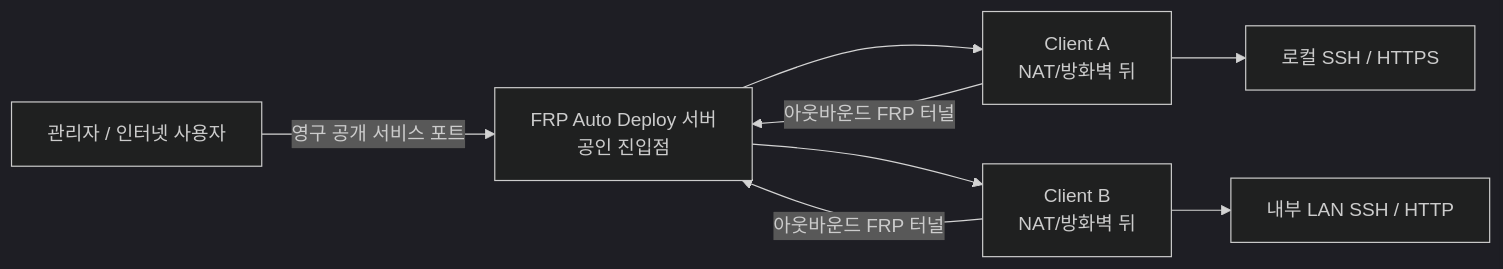
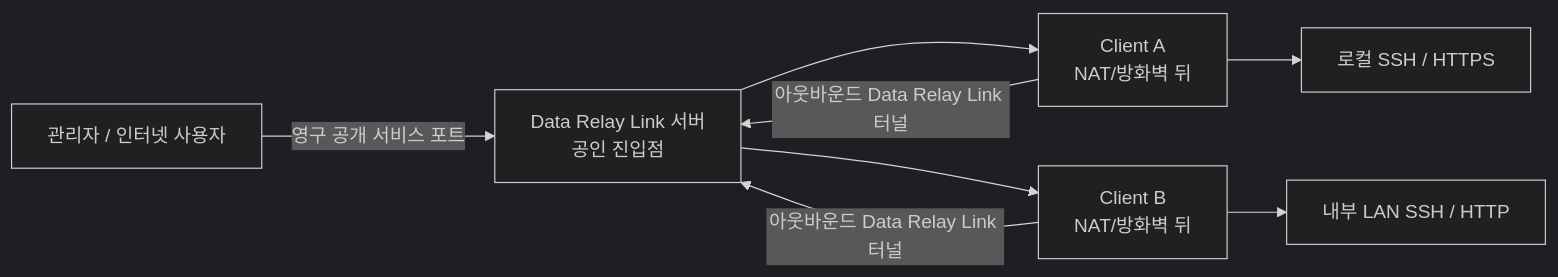
One commit to datarelay-labs/data-relay-link-docs changed the first of 2 diagrams in ko/index.mdx. Above: the diagram before and after it, drawn with Mermaid (dark theme). The commit also changed other lines of this file and 32 other files, not shown here.

````diff
--- a/ko/index.mdx
+++ b/ko/index.mdx
@@ -18,17 +22,17 @@
 ```mermaid
 flowchart LR
     O[관리자 / 인터넷 사용자]
-    S[FRP Auto Deploy 서버\n공인 진입점]
+    S[Data Relay Link 서버\n공인 진입점]
     C1[Client A\nNAT/방화벽 뒤]
     C2[Client B\nNAT/방화벽 뒤]
     L1[로컬 SSH / HTTPS]
     L2[내부 LAN SSH / HTTP]
 
-    C1 -->|아웃바운드 FRP 터널| S
-    C2 -->|아웃바운드 FRP 터널| S
+    C1 -->|아웃바운드 Data Relay Link 터널| S
+    C2 -->|아웃바운드 Data Relay Link 터널| S
     O -->|영구 공개 서비스 포트| S
     S --> C1
     S --> C2
     C1 --> L1
     C2 --> L2
 ```
````
